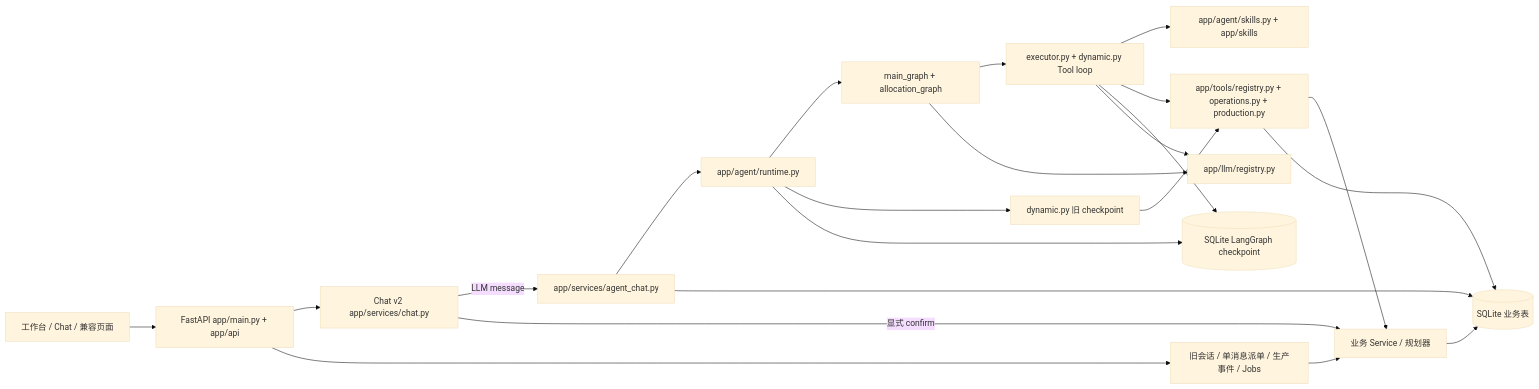
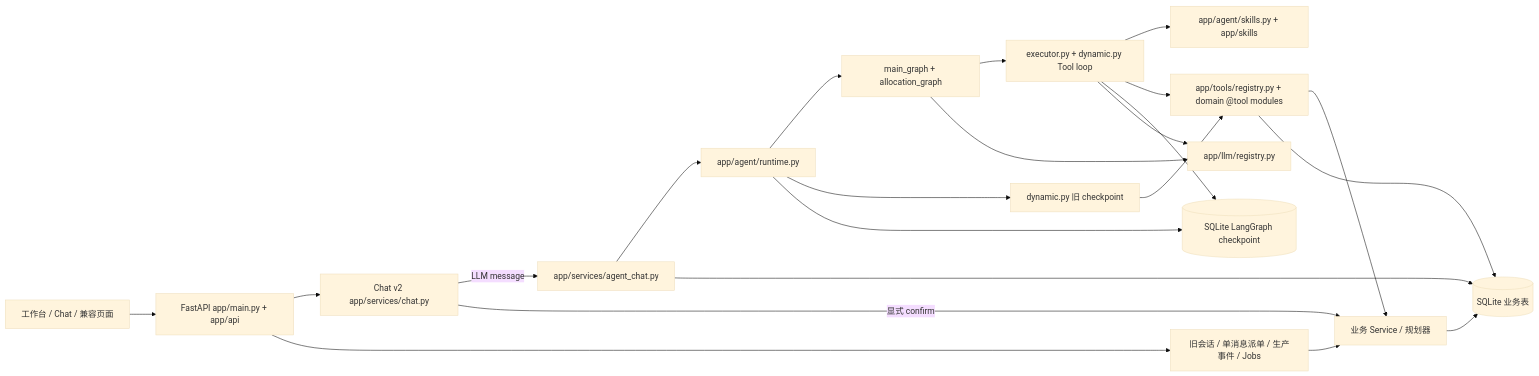
One commit to zh72640/dss5105_project changed the diagram in docs/current_architecture.md. Above: the diagram before and after it, drawn with Mermaid (base theme). The commit also changed other lines of this file and 27 other files, not shown here.

````diff
--- a/docs/current_architecture.md
+++ b/docs/current_architecture.md
@@ -7,24 +7,24 @@
 ```mermaid
 flowchart LR
     UI[工作台 / Chat / 兼容页面] --> API[FastAPI app/main.py + app/api]
     API --> CHAT[Chat v2 app/services/chat.py]
     API --> OTHER[旧会话 / 单消息派单 / 生产事件 / Jobs]
     CHAT -->|LLM message| AC[app/services/agent_chat.py]
     AC --> RUNTIME[app/agent/runtime.py]
     RUNTIME --> MAIN[main_graph + allocation_graph]
     RUNTIME --> LEGACY[dynamic.py 旧 checkpoint]
     MAIN --> EXECUTOR[executor.py + dynamic.py Tool loop]
     EXECUTOR --> SKILL[app/agent/skills.py + app/skills]
-    EXECUTOR --> TOOL[app/tools/registry.py + operations.py + production.py]
+    EXECUTOR --> TOOL[app/tools/registry.py + domain @tool modules]
     LEGACY --> TOOL
     TOOL --> BIZ[业务 Service / 规划器]
     CHAT -->|显式 confirm| BIZ
     OTHER --> BIZ
     BIZ --> DB[(SQLite 业务表)]
     TOOL --> DB
     RUNTIME --> CP[(SQLite LangGraph checkpoint)]
     EXECUTOR --> CP
     AC --> DB
     MAIN --> MODEL[app/llm/registry.py]
     EXECUTOR --> MODEL
 ```
````
